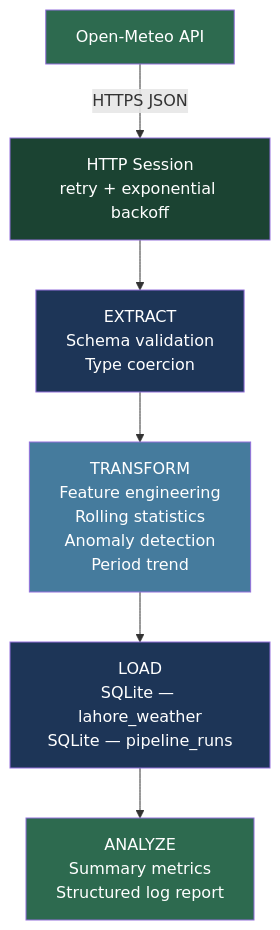
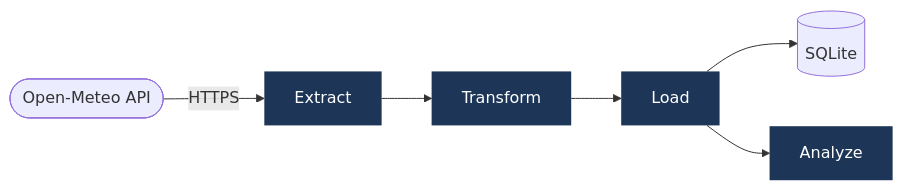
Before and after one commit to zohaibNaseem/etl-pipeline-python: the diagram in README.md, drawn with Mermaid. The commit also changed other lines of this file, not shown here.

````diff
--- a/README.md
+++ b/README.md
@@ -87,15 +7,15 @@
 ```mermaid
-flowchart TD
-    A[Open-Meteo API] -->|HTTPS JSON| B[HTTP Session\nretry + exponential backoff]
-    B --> C[EXTRACT\nSchema validation\nType coercion]
-    C --> D[TRANSFORM\nFeature engineering\nRolling statistics\nAnomaly detection\nPeriod trend]
-    D --> E[LOAD\nSQLite — lahore_weather\nSQLite — pipeline_runs]
-    E --> F[ANALYZE\nSummary metrics\nStructured log report]
+flowchart LR
+    A([Open-Meteo API]) -->|HTTPS| B[Extract]
+    B --> C[Transform]
+    C --> D[Load]
+    D --> E[(SQLite)]
+    D --> F[Analyze]
 
-    style A fill:#2d6a4f,color:#fff
-    style B fill:#1b4332,color:#fff
-    style C fill:#1d3557,color:#fff
-    style D fill:#457b9d,color:#fff
-    style E fill:#1d3557,color:#fff
-    style F fill:#2d6a4f,color:#fff
+    B:::stage
+    C:::stage
+    D:::stage
+    F:::stage
+
+    classDef stage fill:#1d3557,color:#fff,stroke:none
 ```
````
